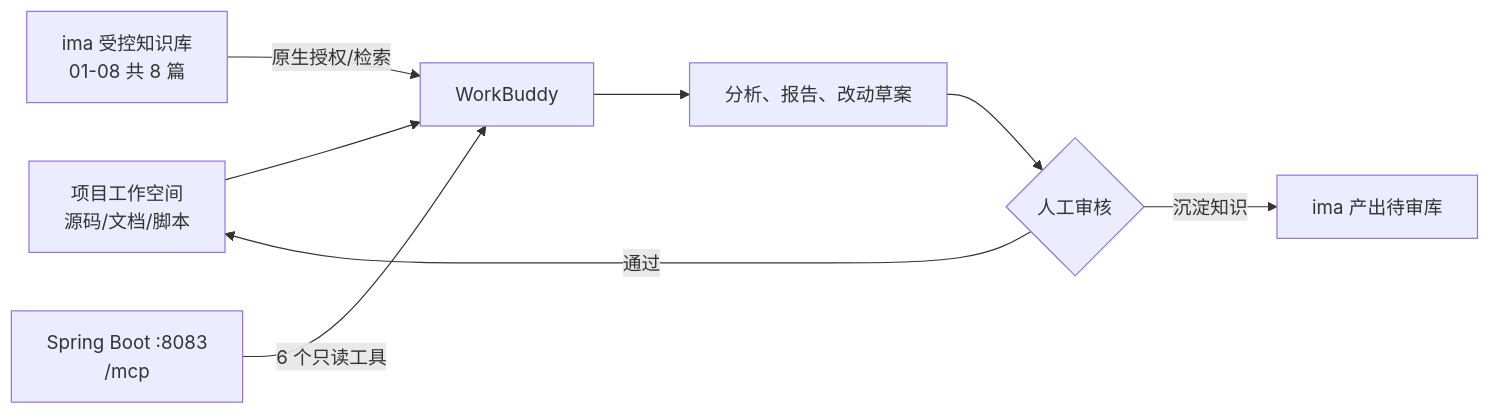
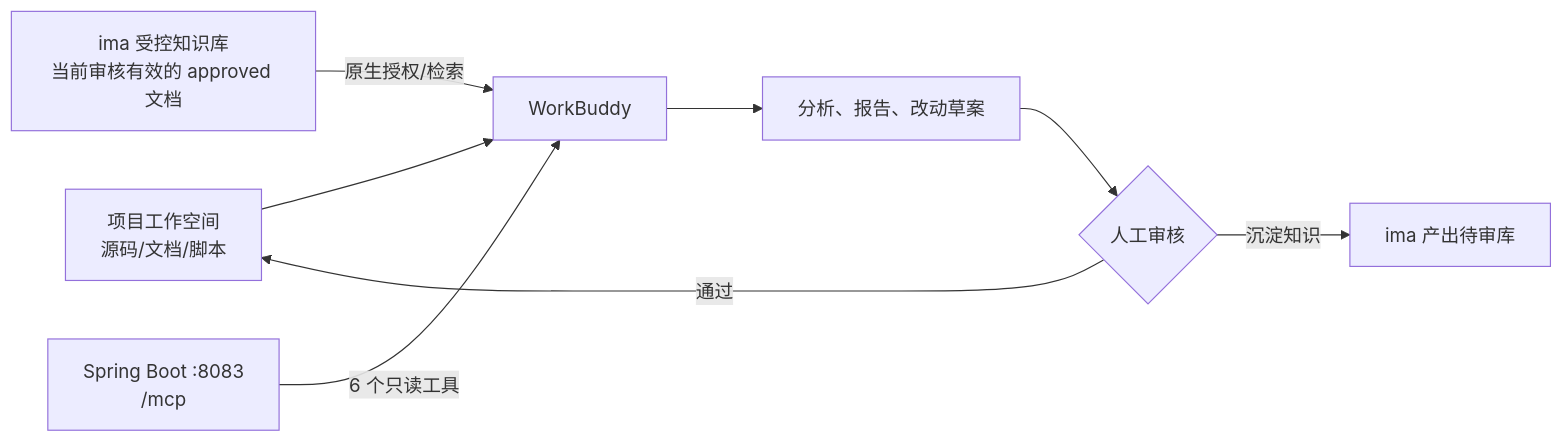
The diagram in docs/WORKBUDDY_IMA_QUICKSTART.md (LeiQingliang/silverpilot), drawn with Mermaid before and after one commit. The commit also changed other lines of this file and 59 other files, not shown here.

````diff
--- a/docs/WORKBUDDY_IMA_QUICKSTART.md
+++ b/docs/WORKBUDDY_IMA_QUICKSTART.md
@@ -15,10 +16,10 @@
 ```mermaid
 flowchart LR
     Repo[项目工作空间<br/>源码/文档/脚本] --> WB[WorkBuddy]
-    KB[ima 受控知识库<br/>01-08 共 8 篇] -->|原生授权/检索| WB
+    KB[ima 受控知识库<br/>当前审核有效的 approved 文档] -->|原生授权/检索| WB
     API[Spring Boot :8083<br/>/mcp] -->|6 个只读工具| WB
     WB --> Draft[分析、报告、改动草案]
     Draft --> Review{人工审核}
     Review -->|通过| Repo
     Review -->|沉淀知识| DraftKB[ima 产出待审库]
 ```
````
